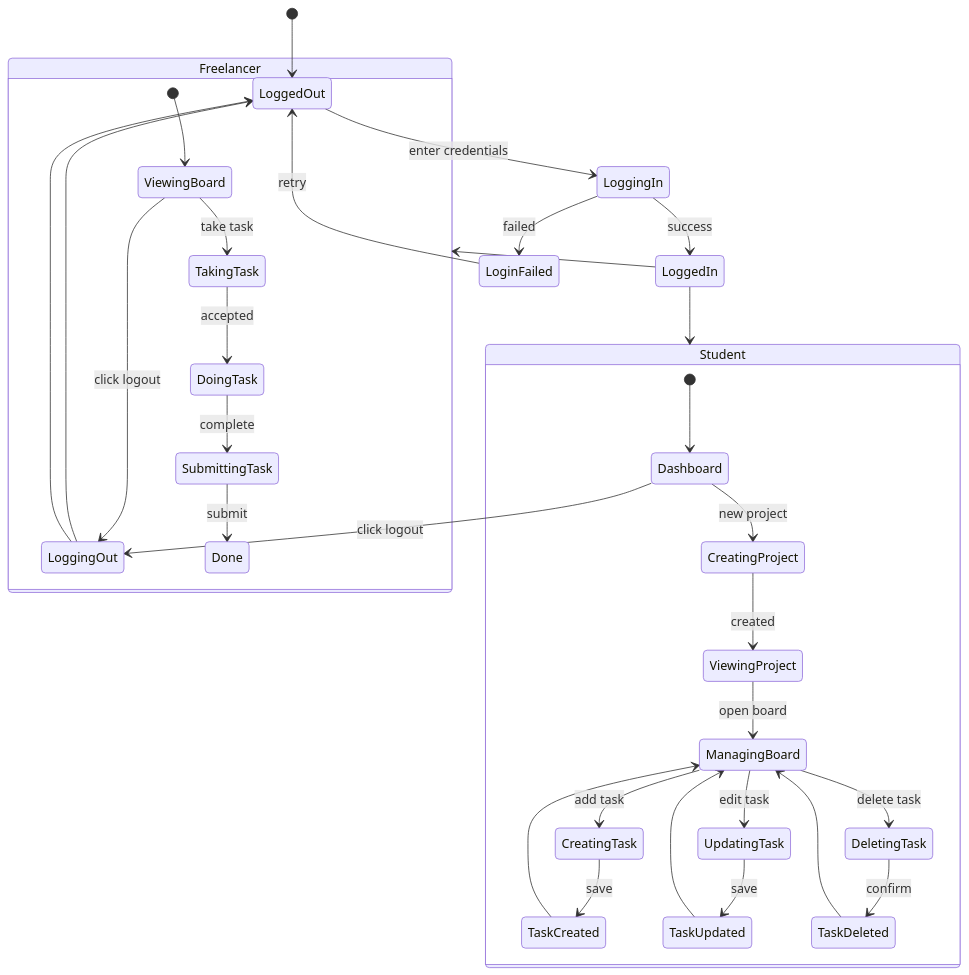
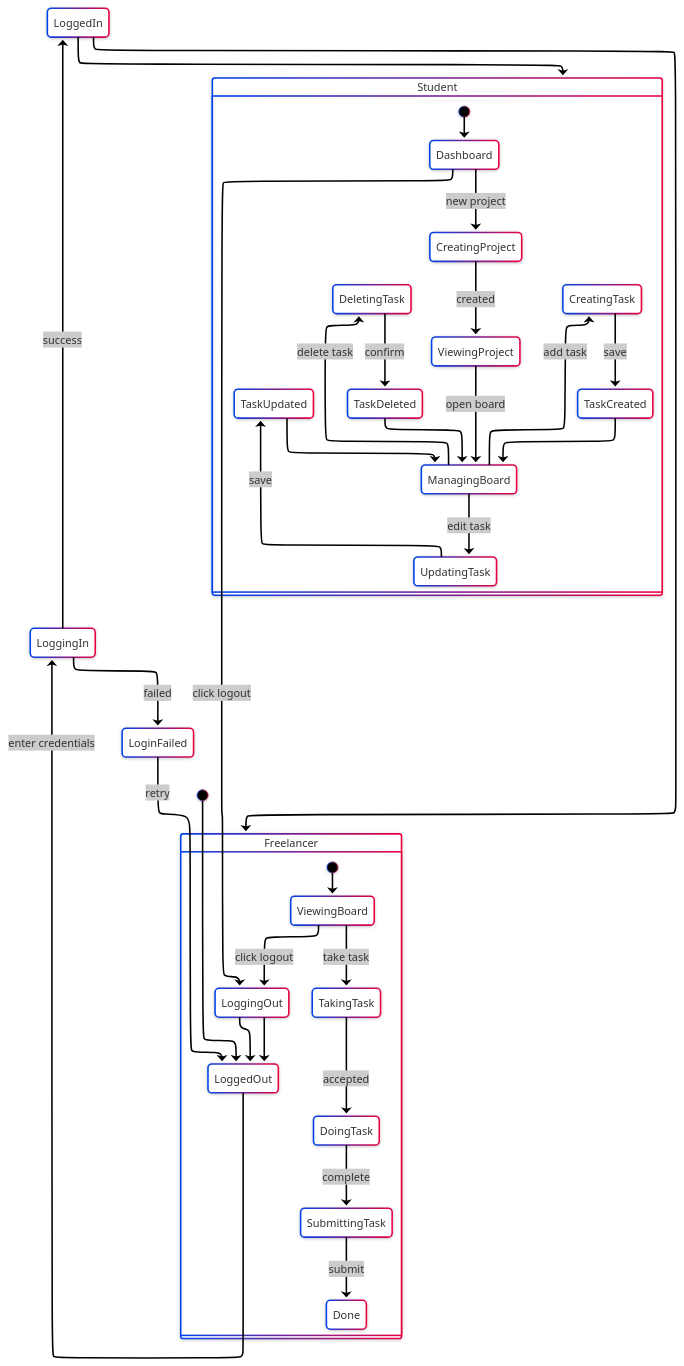
The diagram in state-diagram.md (aarlazuardi/fix-sisfor-desain-sistem), drawn with Mermaid before and after one commit. The commit also changed other lines of this file and 1 other file, not shown here.

Commit message:
update layout diagram

````diff
--- a/state-diagram.md
+++ b/state-diagram.md
@@ -5,50 +3,62 @@
 ```mermaid
-stateDiagram-v2
+---
+config:
+  layout: elk
+  look: neo
+  theme: neo
+---
+stateDiagram
+  direction TB
+  state Student {
     direction TB
-
-    [*] --> LoggedOut
-
-    LoggedOut --> LoggingIn : enter credentials
-    LoggingIn --> LoggedIn : success
-    LoggingIn --> LoginFailed : failed
-    LoginFailed --> LoggedOut : retry
-
-    LoggedIn --> Student
-    LoggedIn --> Freelancer
-
-    state Student {
-        [*] --> Dashboard
-
-        Dashboard --> CreatingProject : new project
-        CreatingProject --> ViewingProject : created
-
-        ViewingProject --> ManagingBoard : open board
-
-        ManagingBoard --> CreatingTask : add task
-        CreatingTask --> TaskCreated : save
-        TaskCreated --> ManagingBoard
-
-        ManagingBoard --> UpdatingTask : edit task
-        UpdatingTask --> TaskUpdated : save
-        TaskUpdated --> ManagingBoard
-
-        ManagingBoard --> DeletingTask : delete task
-        DeletingTask --> TaskDeleted : confirm
-        TaskDeleted --> ManagingBoard
-
-        Dashboard --> LoggingOut : click logout
-        LoggingOut --> LoggedOut
-    }
-
-    state Freelancer {
-        [*] --> ViewingBoard
-
-        ViewingBoard --> TakingTask : take task
-        TakingTask --> DoingTask : accepted
-        DoingTask --> SubmittingTask : complete
-        SubmittingTask --> Done : submit
-
-        ViewingBoard --> LoggingOut : click logout
-        LoggingOut --> LoggedOut
-    }
+    [*] --> Dashboard
+    Dashboard --> CreatingProject:new project
+    CreatingProject --> ViewingProject:created
+    ViewingProject --> ManagingBoard:open board
+    ManagingBoard --> CreatingTask:add task
+    CreatingTask --> TaskCreated:save
+    TaskCreated --> ManagingBoard
+    ManagingBoard --> UpdatingTask:edit task
+    UpdatingTask --> TaskUpdated:save
+    TaskUpdated --> ManagingBoard
+    ManagingBoard --> DeletingTask:delete task
+    DeletingTask --> TaskDeleted:confirm
+    TaskDeleted --> ManagingBoard
+[*]    Dashboard
+    CreatingProject
+    ViewingProject
+    ManagingBoard
+    CreatingTask
+    TaskCreated
+    UpdatingTask
+    TaskUpdated
+    DeletingTask
+    TaskDeleted
+  }
+  state Freelancer {
+    direction TB
+    LoggingOut --> LoggedOut
+    [*] --> ViewingBoard
+    ViewingBoard --> TakingTask:take task
+    TakingTask --> DoingTask:accepted
+    DoingTask --> SubmittingTask:complete
+    SubmittingTask --> Done:submit
+    ViewingBoard --> LoggingOut:click logout
+    LoggingOut --> LoggedOut
+    LoggingOut
+    LoggedOut
+[*]    ViewingBoard
+    TakingTask
+    DoingTask
+    SubmittingTask
+    Done
+  }
+  [*] --> LoggedOut
+  LoggedOut --> LoggingIn:enter credentials
+  LoggingIn --> LoggedIn:success
+  LoggingIn --> LoginFailed:failed
+  LoginFailed --> LoggedOut:retry
+  LoggedIn --> Student
+  LoggedIn --> Freelancer
+  Dashboard --> LoggingOut:click logout
 ```
````
